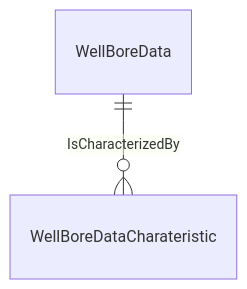
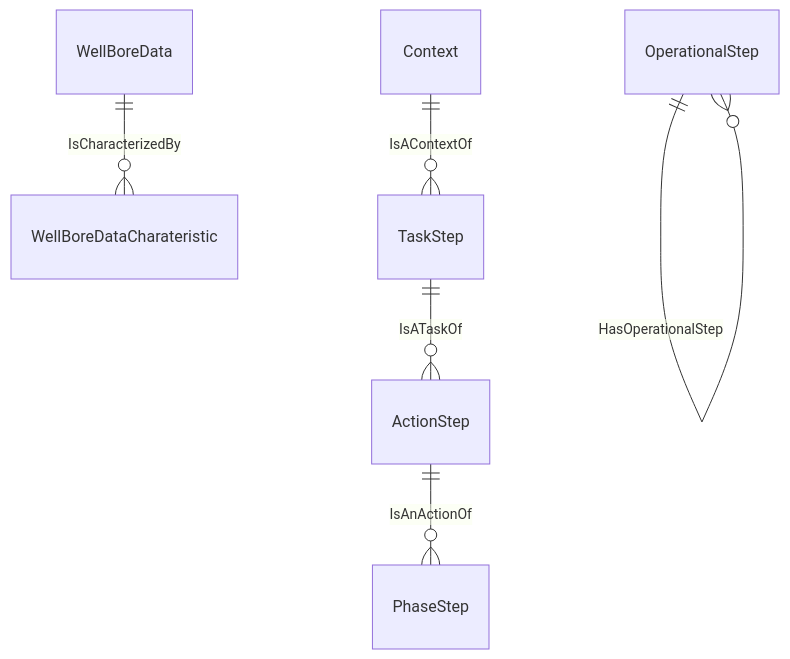
Diagram 32 of 37 in docs/vocabulary_development/auto-generated/md/definition-files/ContextualData.md (D-WIS/DDHub-Semantic-Interoperability), drawn with Mermaid before and after one commit. The commit also changed other lines of this file and 10 other files, not shown here.

````diff
--- a/docs/vocabulary_development/auto-generated/md/definition-files/ContextualData.md
+++ b/docs/vocabulary_development/auto-generated/md/definition-files/ContextualData.md
@@ -1291,4 +1560,8 @@
 ```mermaid
 erDiagram
 WellBoreData ||--o{ WellBoreDataCharateristic : IsCharacterizedBy
+OperationalStep ||--o{ OperationalStep : HasOperationalStep
+ActionStep ||--o{ PhaseStep : IsAnActionOf
+TaskStep ||--o{ ActionStep : IsATaskOf
+Context ||--o{ TaskStep : IsAContextOf
 ```
````
